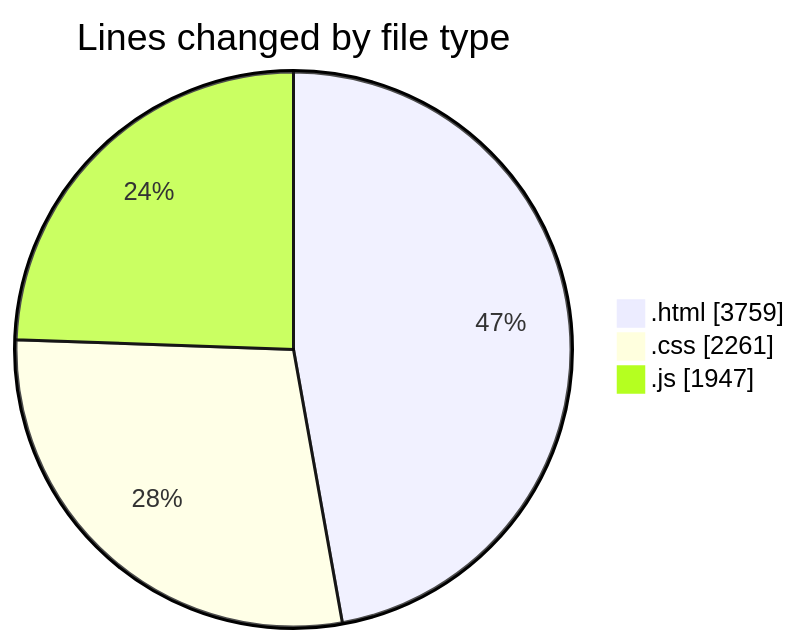
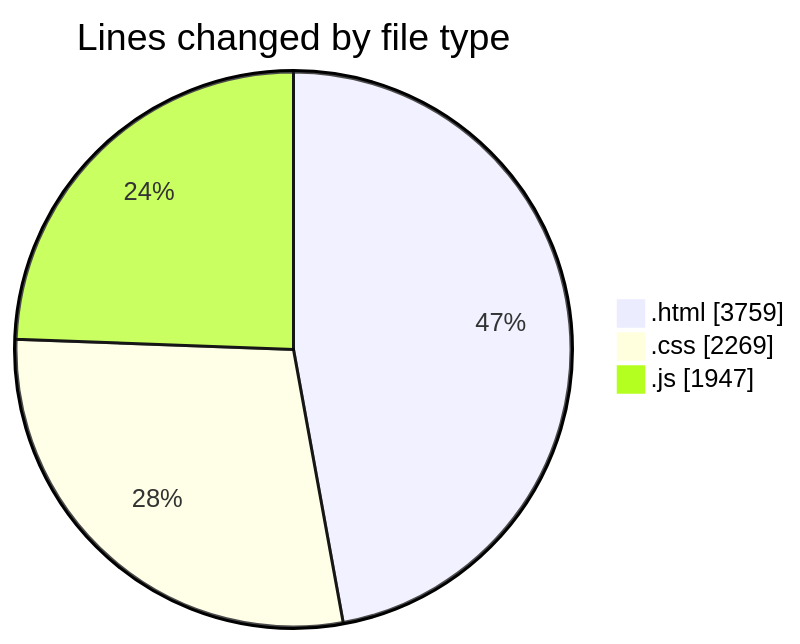
One commit to Ritupan-Deka/code-tracking changed the first of 2 diagrams in 2025-05-24/projects/README.md. Above: the diagram before and after it, drawn with Mermaid. The commit also changed other lines of this file and 1 other file, not shown here.

````diff
--- a/2025-05-24/projects/README.md
+++ b/2025-05-24/projects/README.md
@@ -25,7 +25,7 @@
 ```mermaid
 pie showData
 title Lines changed by file type
 ".html" : 3759
-".css" : 2261
+".css" : 2269
 ".js" : 1947
 ```
````
